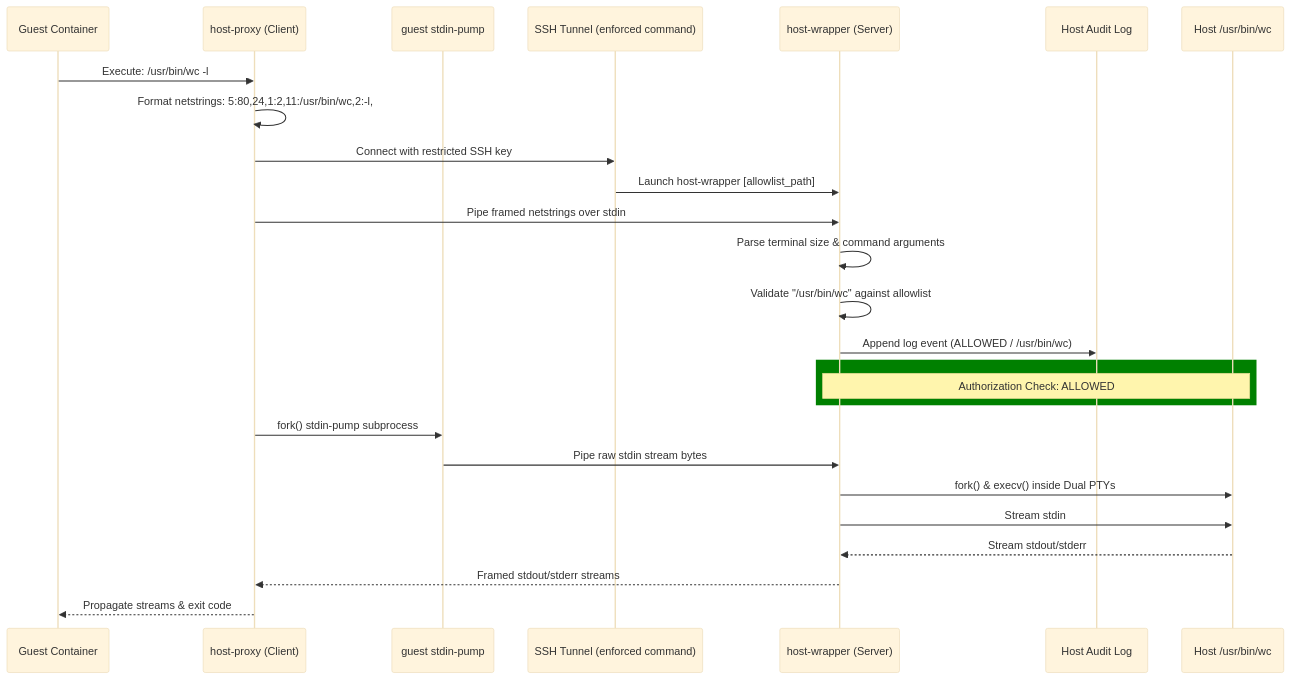
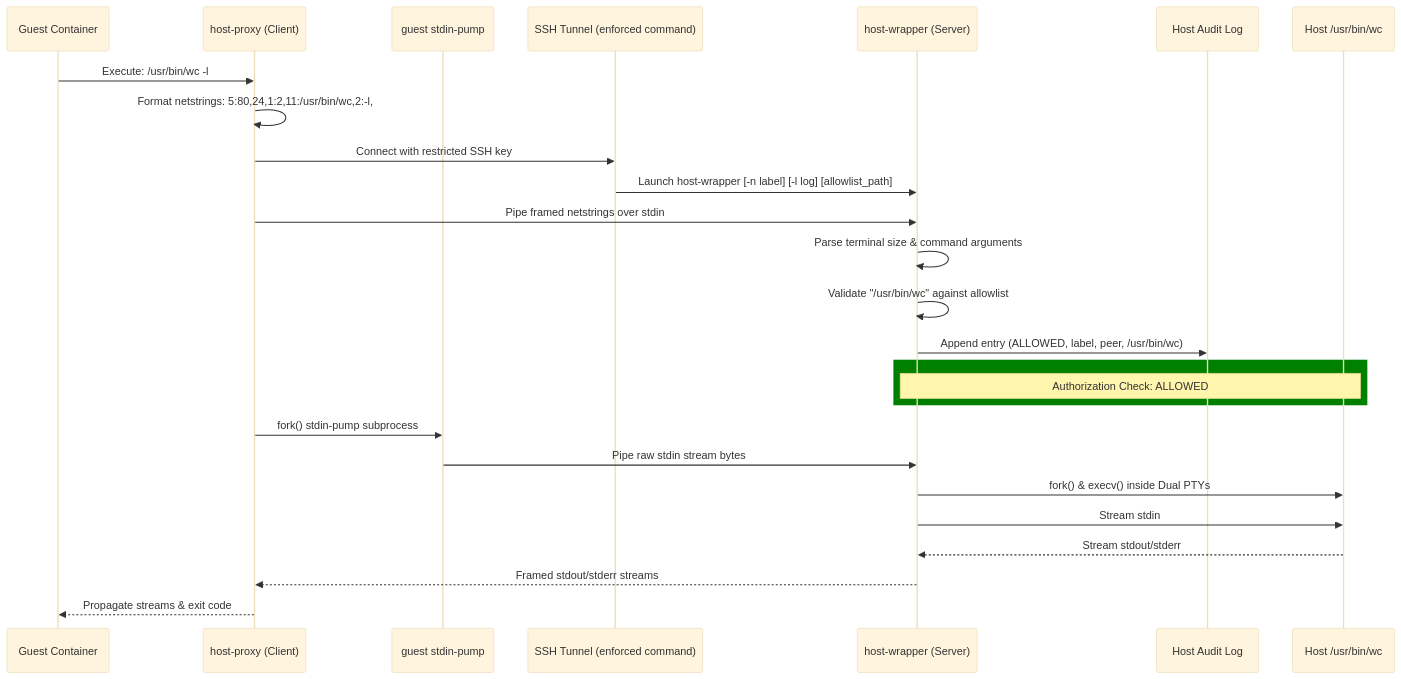
One commit to samirose/host-wrapper changed the diagram in README.md. Above: the diagram before and after it, drawn with Mermaid (base theme). The commit also changed other lines of this file, not shown here.

````diff
--- a/README.md
+++ b/README.md
@@ -74,29 +74,29 @@
 ```mermaid
 sequenceDiagram
     participant Guest as Guest Container
     participant Proxy as host-proxy (Client)
     participant Pump as guest stdin-pump
     participant SSH as SSH Tunnel (enforced command)
     participant Wrapper as host-wrapper (Server)
     participant Log as Host Audit Log
     participant HostCmd as Host /usr/bin/wc
 
     Guest->>Proxy: Execute: /usr/bin/wc -l
     Proxy->>Proxy: Format netstrings: 5:80,24,1:2,11:/usr/bin/wc,2:-l,
     Proxy->>SSH: Connect with restricted SSH key
-    SSH->>Wrapper: Launch host-wrapper [allowlist_path]
+    SSH->>Wrapper: Launch host-wrapper [-n label] [-l log] [allowlist_path]
     Proxy->>Wrapper: Pipe framed netstrings over stdin
     Wrapper->>Wrapper: Parse terminal size & command arguments
     Wrapper->>Wrapper: Validate "/usr/bin/wc" against allowlist
-    Wrapper->>Log: Append log event (ALLOWED / /usr/bin/wc)
+    Wrapper->>Log: Append entry (ALLOWED, label, peer, /usr/bin/wc)
     rect green
         Note over Wrapper,HostCmd: Authorization Check: ALLOWED
     end
     Proxy->>Pump: fork() stdin-pump subprocess
     Pump->>Wrapper: Pipe raw stdin stream bytes
     Wrapper->>HostCmd: fork() & execv() inside Dual PTYs
     Wrapper->>HostCmd: Stream stdin
     HostCmd-->>Wrapper: Stream stdout/stderr
     Wrapper-->>Proxy: Framed stdout/stderr streams
     Proxy-->>Guest: Propagate streams & exit code
 ```
````
